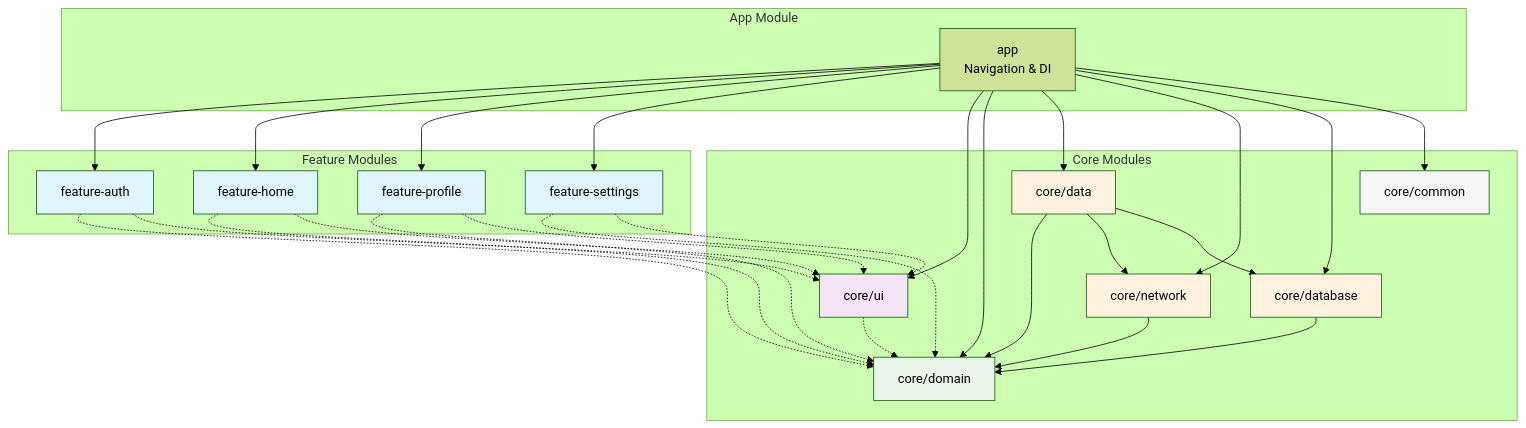
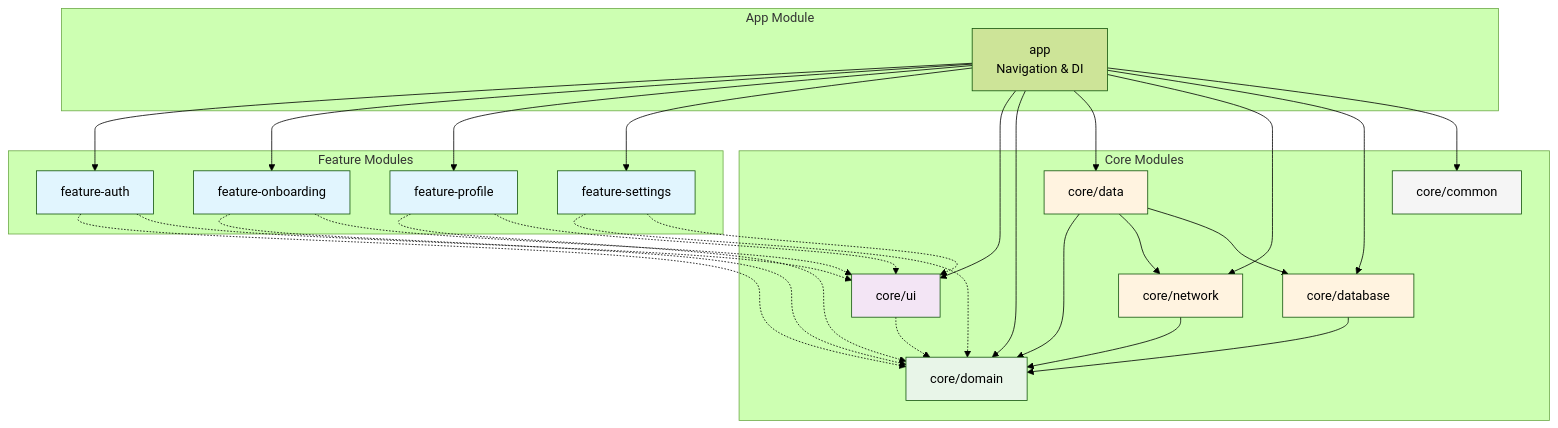
One commit to Drjacky/claude-android-ninja changed the diagram in references/modularization.md. Above: the diagram before and after it, drawn with Mermaid (forest theme). The commit also changed other lines of this file and 2 other files, not shown here.

Commit message:
[WIP] Standardize architecture and modularization

````diff
--- a/references/modularization.md
+++ b/references/modularization.md
@@ -197,66 +196,66 @@
 ```mermaid
 graph TB
     subgraph "App Module"
         App[app<br/>Navigation & DI]
     end
     
     subgraph "Feature Modules"
         Auth[feature-auth]
-        Home[feature-home]
+        Onboarding[feature-onboarding]
         Profile[feature-profile]
         Settings[feature-settings]
     end
     
     subgraph "Core Modules"
         UI[core/ui]
         Domain[core/domain]
         Data[core/data]
         Network[core/network]
         Database[core/database]
         Common[core/common]
     end
     
     App --> Auth
-    App --> Home
+    App --> Onboarding
     App --> Profile
     App --> Settings
     
     App --> UI
     App --> Domain
     App --> Data
     App --> Network
     App --> Database
     App --> Common
     
     Auth -.-> Domain
     Auth -.-> UI
     
-    Home -.-> Domain
-    Home -.-> UI
+    Onboarding -.-> Domain
+    Onboarding -.-> UI
     
     Profile -.-> Domain
     Profile -.-> UI
     
     Settings -.-> Domain
     Settings -.-> UI
     
     Data --> Domain
     Data --> Network
     Data --> Database
     
     Network --> Domain
     Database --> Domain
     
     UI -.-> Domain
     
     style Auth fill:#e1f5fe
-    style Home fill:#e1f5fe
+    style Onboarding fill:#e1f5fe
     style Profile fill:#e1f5fe
     style Settings fill:#e1f5fe
     style UI fill:#f3e5f5
     style Domain fill:#e8f5e8
     style Data fill:#fff3e0
     style Network fill:#fff3e0
     style Database fill:#fff3e0
     style Common fill:#f5f5f5
 ```
````
